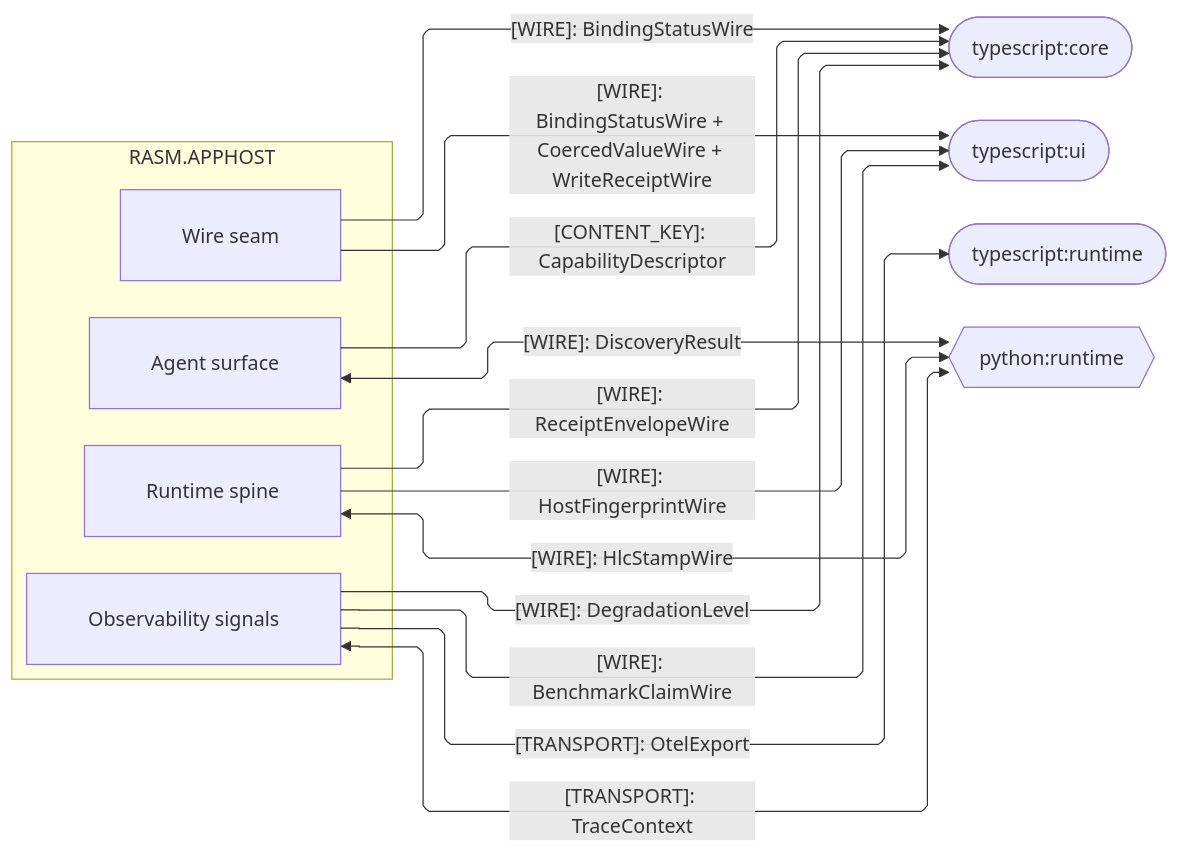
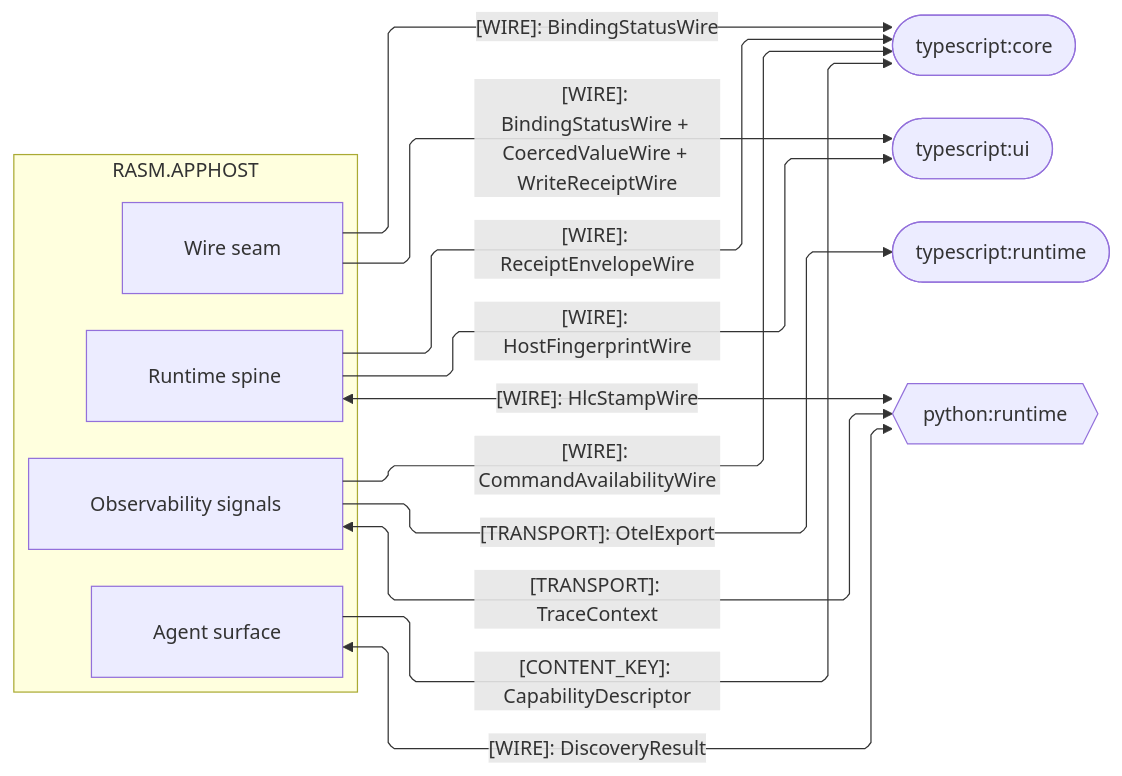
Before and after one commit to bsamiee/Rasm: the second of 4 diagrams in libs/csharp/Rasm.AppHost/ARCHITECTURE.md, drawn with Mermaid. The commit also changed other lines of this file and 138 other files, not shown here.

````diff
--- a/libs/csharp/Rasm.AppHost/ARCHITECTURE.md
+++ b/libs/csharp/Rasm.AppHost/ARCHITECTURE.md
@@ -118,33 +118,32 @@
 ```mermaid
 ---
 config:
   layout: elk
   flowchart:
     curve: linear
     padding: 25
 ---
 flowchart LR
     accTitle: AppHost cross-runtime wire seams
     accDescr: AppHost sub-domain owners exchanging kinded wires, content keys, and transport with the TypeScript core, ui, and runtime packages and the Python runtime, each edge labeled by its kind and each seam directed one-way or bidirectional.
     subgraph apphost[RASM.APPHOST]
         Agent[Agent surface]
         Runtime[Runtime spine]
         Wire[Wire seam]
         Observability[Observability signals]
     end
     Core([typescript:core])
     Ui([typescript:ui])
     TsRuntime([typescript:runtime])
     PyRuntime{{python:runtime}}
     Agent -->|"[CONTENT_KEY]: CapabilityDescriptor"| Core
     Runtime -->|"[WIRE]: ReceiptEnvelopeWire"| Core
-    Observability -->|"[WIRE]: DegradationLevel"| Core
+    Observability -->|"[WIRE]: CommandAvailabilityWire"| Core
     Wire -->|"[WIRE]: BindingStatusWire"| Core
     Wire -->|"[WIRE]: BindingStatusWire + CoercedValueWire + WriteReceiptWire"| Ui
     Runtime -->|"[WIRE]: HostFingerprintWire"| Ui
-    Observability e10@-->|"[WIRE]: BenchmarkClaimWire"| Ui
     Observability -->|"[TRANSPORT]: OtelExport"| TsRuntime
     Agent <-->|"[WIRE]: DiscoveryResult"| PyRuntime
     Observability <-->|"[TRANSPORT]: TraceContext"| PyRuntime
     Runtime <-->|"[WIRE]: HlcStampWire"| PyRuntime
 ```
````
